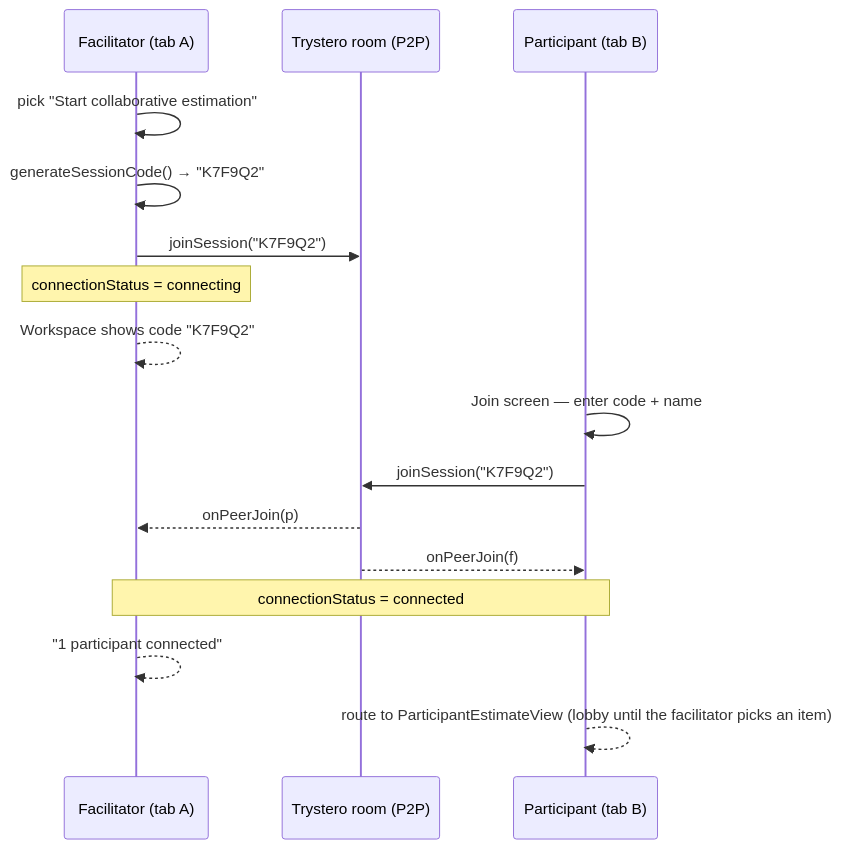
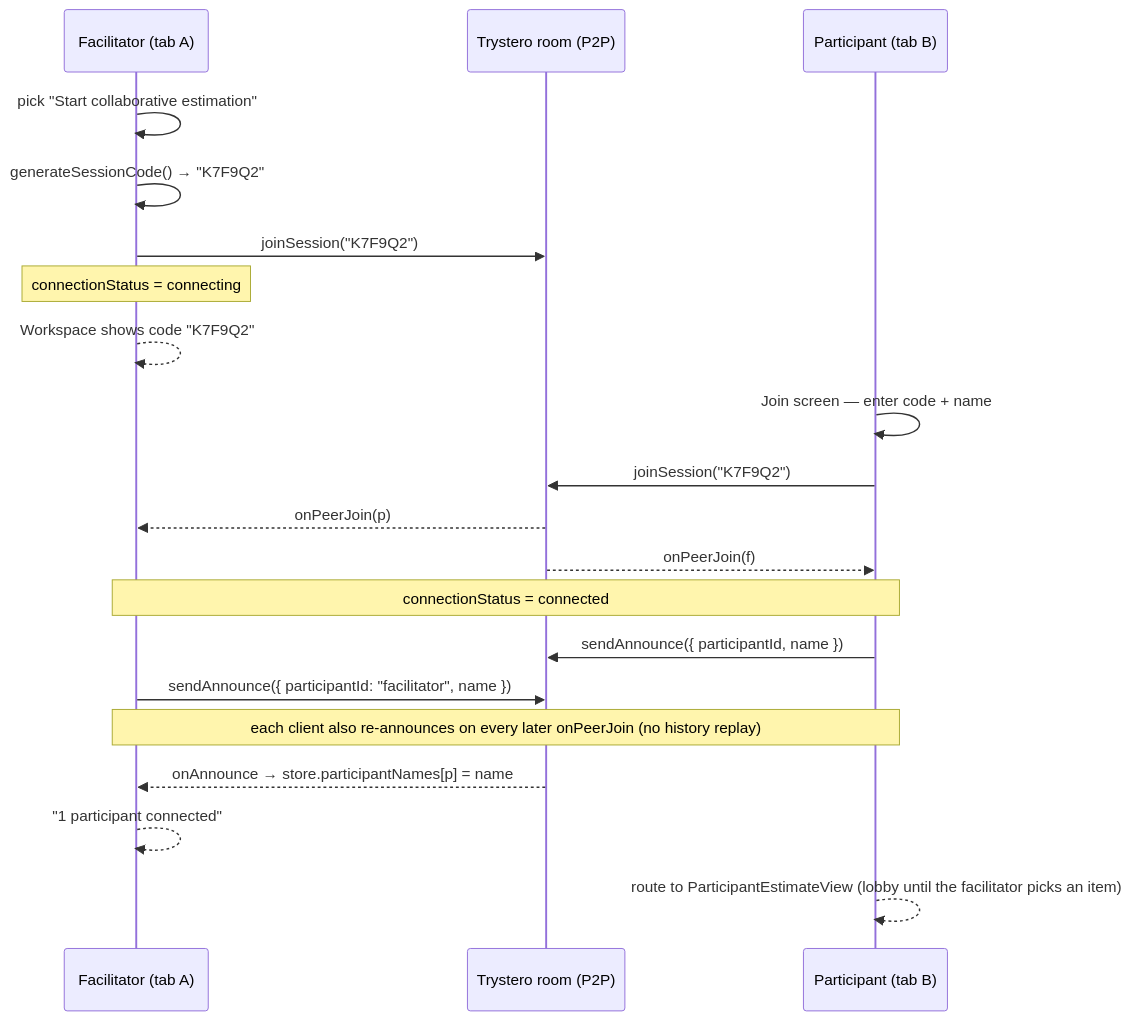
One commit to cfisch3r/estimate changed the second of 5 diagrams in docs/concepts/collaboration-mode.md. Above: the diagram before and after it, drawn with Mermaid. The commit also changed other lines of this file and 11 other files, not shown here.

First line of the commit message:
Transmit participant display names via an announce action (#40)

````diff
--- a/docs/concepts/collaboration-mode.md
+++ b/docs/concepts/collaboration-mode.md
@@ -119,20 +120,24 @@
 ```mermaid
 sequenceDiagram
   participant F as Facilitator (tab A)
   participant R as Trystero room (P2P)
   participant P as Participant (tab B)
 
   F->>F: pick "Start collaborative estimation"
   F->>F: generateSessionCode() → "K7F9Q2"
   F->>R: joinSession("K7F9Q2")
   Note over F: connectionStatus = connecting
   F-->>F: Workspace shows code "K7F9Q2"
 
   P->>P: Join screen — enter code + name
   P->>R: joinSession("K7F9Q2")
   R-->>F: onPeerJoin(p)
   R-->>P: onPeerJoin(f)
   Note over F,P: connectionStatus = connected
+  P->>R: sendAnnounce({ participantId, name })
+  F->>R: sendAnnounce({ participantId: "facilitator", name })
+  Note over F,P: each client also re-announces on every later onPeerJoin (no history replay)
+  R-->>F: onAnnounce → store.participantNames[p] = name
   F-->>F: "1 participant connected"
   P-->>P: route to ParticipantEstimateView (lobby until the facilitator picks an item)
 ```
````
